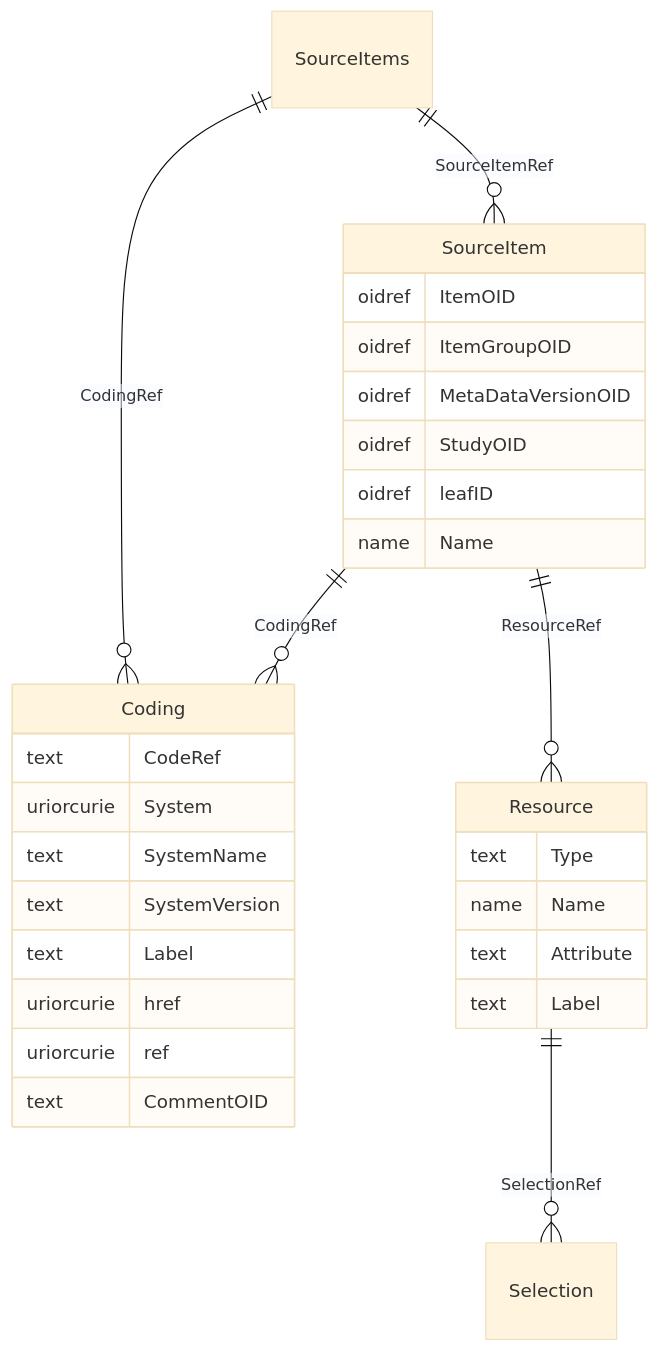
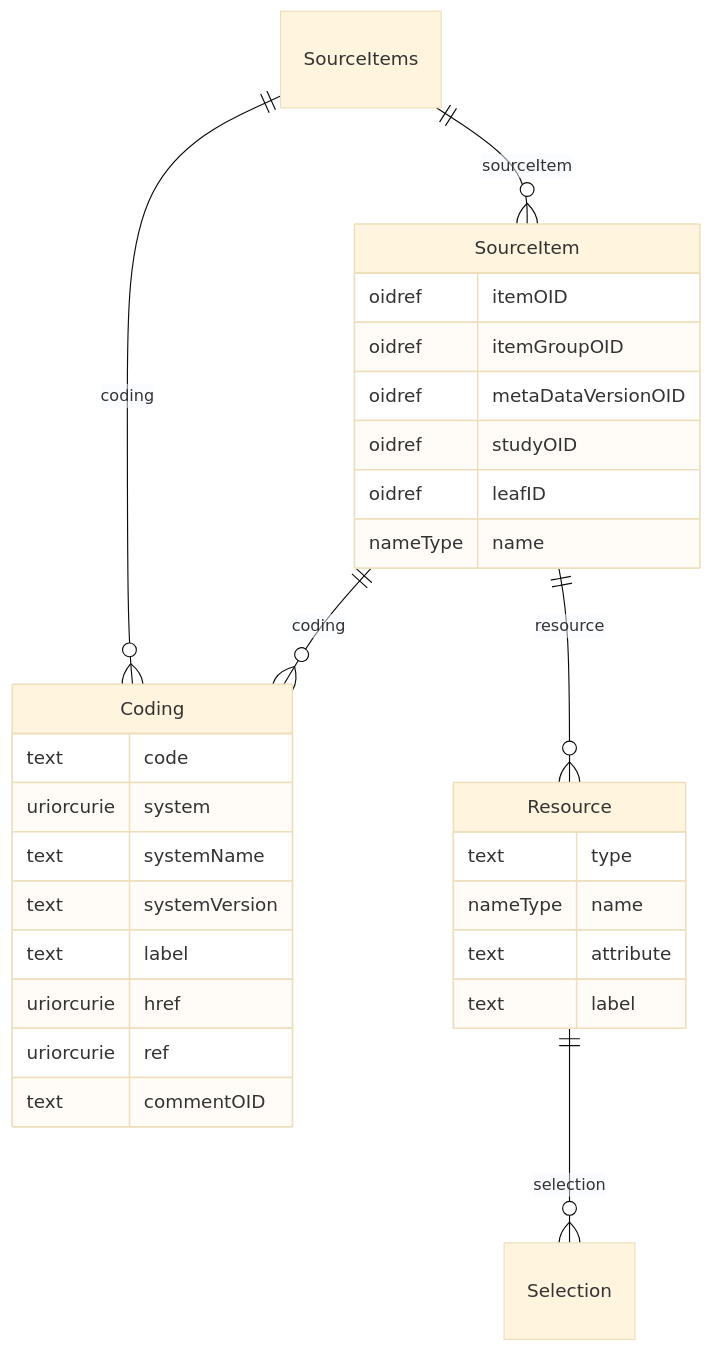
Before and after one commit to cdisc-org/DataExchange-ODM-LinkML: the diagram in docs/SourceItems.md, drawn with Mermaid (base theme). The commit also changed other lines of this file and 759 other files, not shown here.

````diff
--- a/docs/SourceItems.md
+++ b/docs/SourceItems.md
@@ -11,37 +11,37 @@
 ```mermaid
 erDiagram
 SourceItems {
 
 }
 Coding {
-    text CodeRef  
-    uriorcurie System  
-    text SystemName  
-    text SystemVersion  
-    text Label  
+    text code  
+    uriorcurie system  
+    text systemName  
+    text systemVersion  
+    text label  
     uriorcurie href  
     uriorcurie ref  
-    text CommentOID  
+    text commentOID  
 }
 SourceItem {
-    oidref ItemOID  
-    oidref ItemGroupOID  
-    oidref MetaDataVersionOID  
-    oidref StudyOID  
+    oidref itemOID  
+    oidref itemGroupOID  
+    oidref metaDataVersionOID  
+    oidref studyOID  
     oidref leafID  
-    name Name  
+    nameType name  
 }
 Resource {
-    text Type  
-    name Name  
-    text Attribute  
-    text Label  
+    text type  
+    nameType name  
+    text attribute  
+    text label  
 }
 
-SourceItems ||--}o SourceItem : "SourceItemRef"
-SourceItems ||--}o Coding : "CodingRef"
-SourceItem ||--}o Resource : "ResourceRef"
-SourceItem ||--}o Coding : "CodingRef"
-Resource ||--}o Selection : "SelectionRef"
+SourceItems ||--}o SourceItem : "sourceItem"
+SourceItems ||--}o Coding : "coding"
+SourceItem ||--}o Resource : "resource"
+SourceItem ||--}o Coding : "coding"
+Resource ||--}o Selection : "selection"
 
 ```
````
